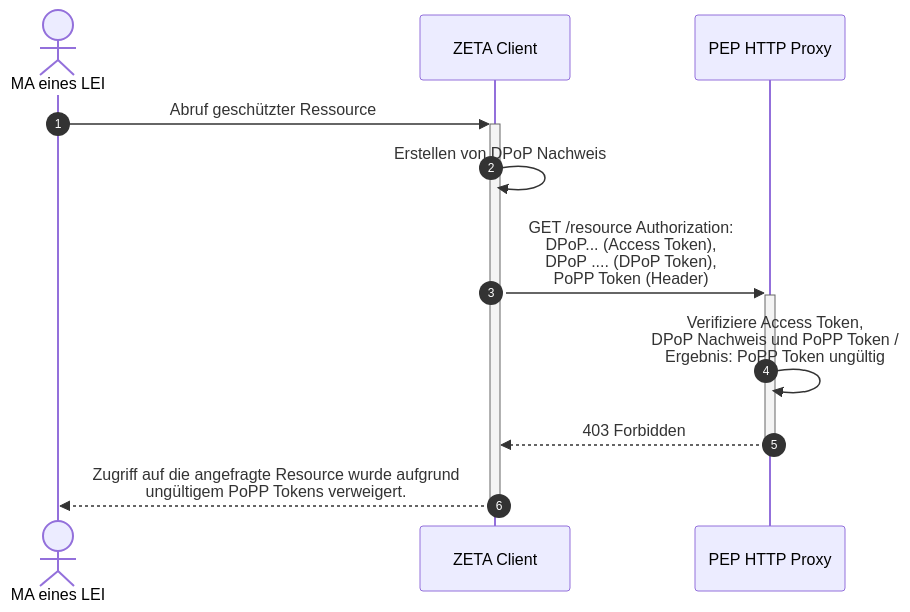
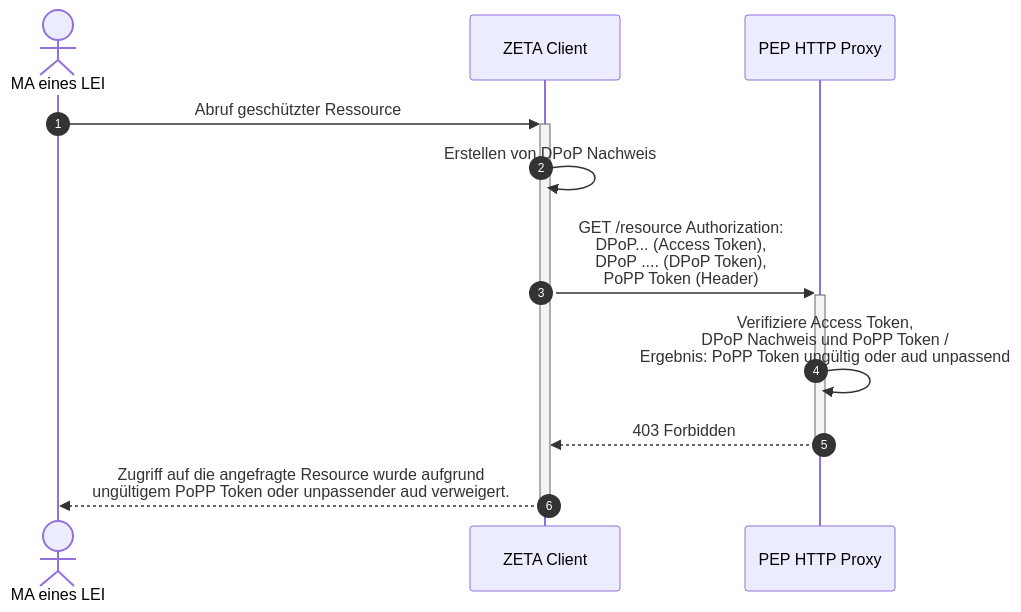
The diagram in src/test/resources/features/UserStory_01/UseCase_17/readme.adoc (gematik/zeta-tiger-testsuite), drawn with Mermaid before and after one commit. The commit also changed other lines of this file and 1706 other files, not shown here.

```diff
--- a/src/test/resources/features/UserStory_01/UseCase_17/readme.adoc
+++ b/src/test/resources/features/UserStory_01/UseCase_17/readme.adoc
@@ -84,15 +120,15 @@
 [mermaid]
 ....
 sequenceDiagram
     autonumber
     actor MA as MA eines LEI
     participant ZC as ZETA Client
     participant PHP as PEP HTTP Proxy
 
     MA->>+ZC: Abruf geschützter Ressource
     ZC->>ZC: Erstellen von DPoP Nachweis
     ZC->>+PHP: GET /resource Authorization: <br> DPoP... (Access Token), <br> DPoP .... (DPoP Token), <br> PoPP Token (Header)
-    PHP->>PHP: Verifiziere Access Token, <br>DPoP Nachweis und PoPP Token / <br>Ergebnis: PoPP Token ungültig
+    PHP->>PHP: Verifiziere Access Token, <br>DPoP Nachweis und PoPP Token / <br>Ergebnis: PoPP Token ungültig oder aud unpassend
     PHP-->>-ZC: 403 Forbidden
-    ZC-->>-MA: Zugriff auf die angefragte Resource wurde aufgrund <br>ungültigem PoPP Tokens verweigert.
+    ZC-->>-MA: Zugriff auf die angefragte Resource wurde aufgrund <br>ungültigem PoPP Token oder unpassender aud verweigert.
 ....
```
